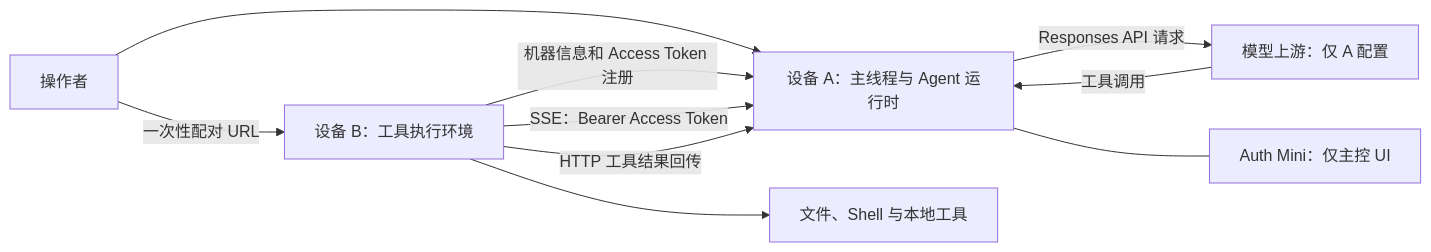
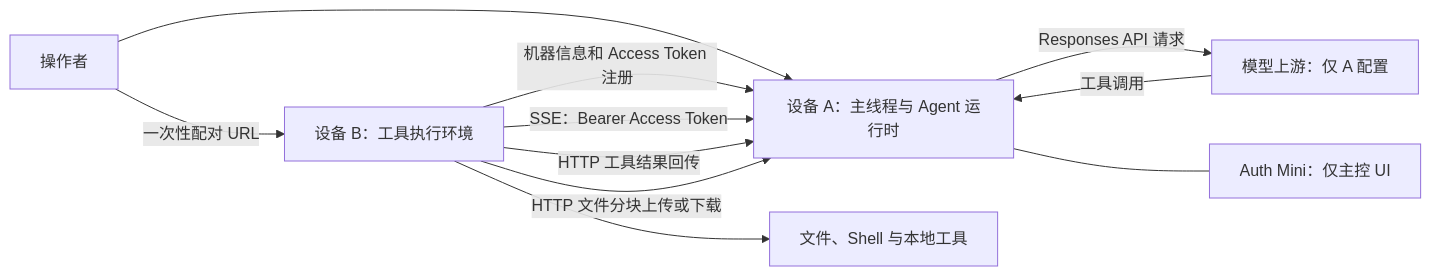
One commit to zccz14/cybion changed the second of 3 diagrams in README.md. Above: the diagram before and after it, drawn with Mermaid. The commit also changed other lines of this file and 4 other files, not shown here.

````diff
--- a/README.md
+++ b/README.md
@@ -184,12 +191,13 @@
 ```mermaid
 flowchart LR
   U["操作者"] --> A["设备 A：主线程与 Agent 运行时"]
   A -->|"Responses API 请求"| M["模型上游：仅 A 配置"]
   M -->|"工具调用"| A
   U -->|"一次性配对 URL"| B["设备 B：工具执行环境"]
   B -->|"机器信息和 Access Token 注册"| A
   B -->|"SSE：Bearer Access Token"| A
   B -->|"HTTP 工具结果回传"| A
+  B -->|"HTTP 文件分块上传或下载"| A
   B --> F["文件、Shell 与本地工具"]
   A --- R["Auth Mini：仅主控 UI"]
 ```
````
